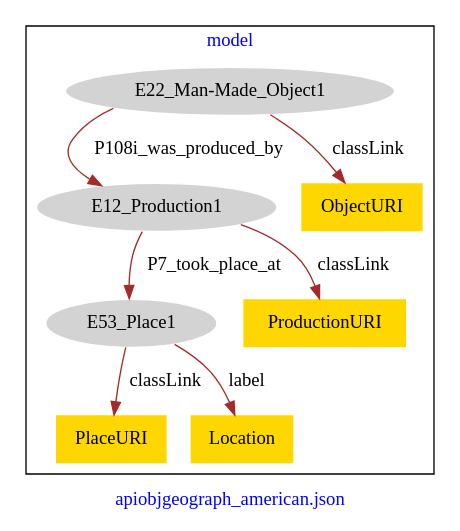
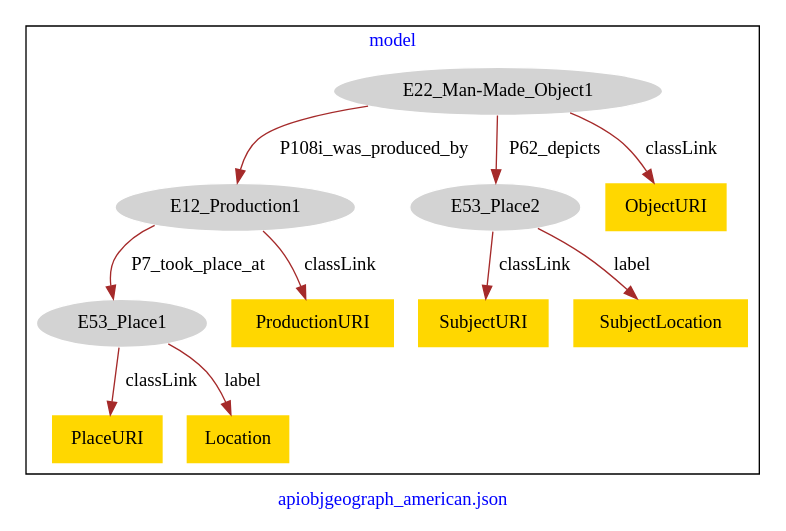
The diagram in apiobjgeograph_american/apiobjgeograph_american-model.dot (american-art/PUAM), drawn with Graphviz before and after one commit.

Commit message:
Update file apiobjgeograph_american-model.dot

```diff
--- a/apiobjgeograph_american/apiobjgeograph_american-model.dot
+++ b/apiobjgeograph_american/apiobjgeograph_american-model.dot
@@ -1,21 +1,27 @@
 digraph n0 {
 fontcolor="blue"
 remincross="true"
 label="apiobjgeograph_american.json"
 subgraph cluster {
 label="model"
 n2[style="filled",color="white",fillcolor="lightgray",label="E12_Production1"];
 n3[style="filled",color="white",fillcolor="lightgray",label="E53_Place1"];
 n4[style="filled",color="white",fillcolor="lightgray",label="E22_Man-Made_Object1"];
-n5[shape="plaintext",style="filled",fillcolor="gold",label="PlaceURI"];
-n6[shape="plaintext",style="filled",fillcolor="gold",label="ObjectURI"];
-n7[shape="plaintext",style="filled",fillcolor="gold",label="ProductionURI"];
+n5[style="filled",color="white",fillcolor="lightgray",label="E53_Place2"];
+n6[shape="plaintext",style="filled",fillcolor="gold",label="SubjectURI"];
+n7[shape="plaintext",style="filled",fillcolor="gold",label="PlaceURI"];
 n8[shape="plaintext",style="filled",fillcolor="gold",label="Location"];
+n9[shape="plaintext",style="filled",fillcolor="gold",label="SubjectLocation"];
+n10[shape="plaintext",style="filled",fillcolor="gold",label="ProductionURI"];
+n11[shape="plaintext",style="filled",fillcolor="gold",label="ObjectURI"];
 }
 n2 -> n3[color="brown",fontcolor="black",label="P7_took_place_at"]
 n4 -> n2[color="brown",fontcolor="black",label="P108i_was_produced_by"]
-n3 -> n5[color="brown",fontcolor="black",label="classLink"]
-n4 -> n6[color="brown",fontcolor="black",label="classLink"]
-n2 -> n7[color="brown",fontcolor="black",label="classLink"]
+n4 -> n5[color="brown",fontcolor="black",label="P62_depicts"]
+n5 -> n6[color="brown",fontcolor="black",label="classLink"]
+n3 -> n7[color="brown",fontcolor="black",label="classLink"]
 n3 -> n8[color="brown",fontcolor="black",label="label"]
+n5 -> n9[color="brown",fontcolor="black",label="label"]
+n2 -> n10[color="brown",fontcolor="black",label="classLink"]
+n4 -> n11[color="brown",fontcolor="black",label="classLink"]
 }
```
